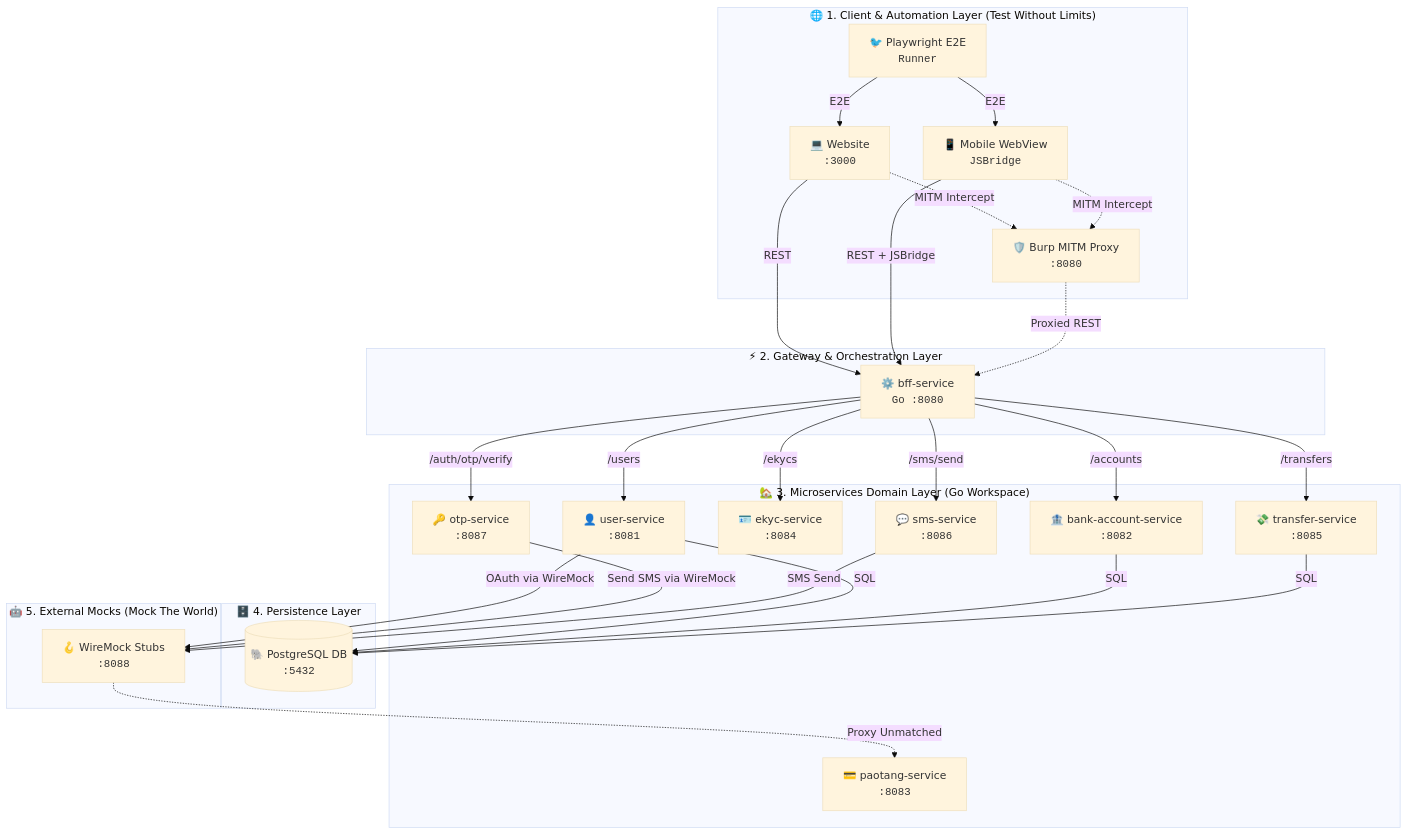
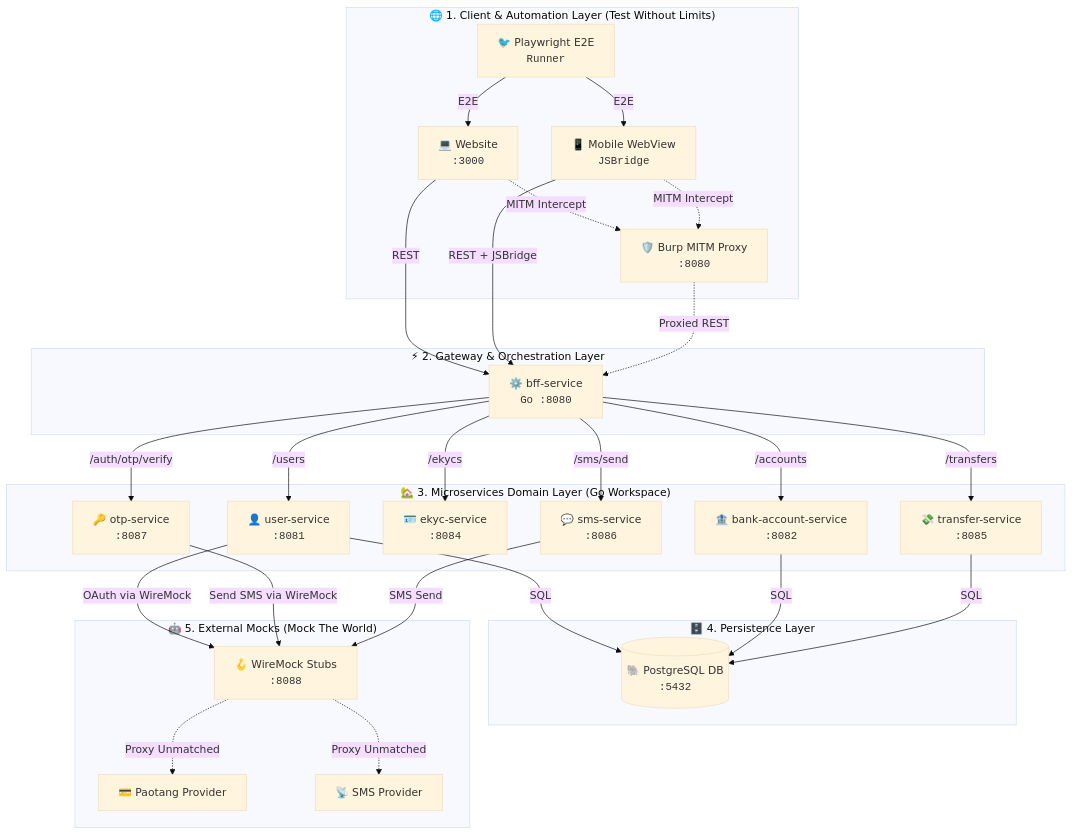
Before and after one commit to SiwakornSitti/ultra-smoooooth-testing: the first of 2 diagrams in slides/slides.md, drawn with Mermaid (base theme). The commit also changed 11 other files, not shown here.

Commit message:
refactor: remove paotang-service core container and configure Paotang Provider as external provider

````diff
--- a/slides/slides.md
+++ b/slides/slides.md
@@ -92,55 +92,57 @@
 ```mermaid
 flowchart TD
     subgraph Clients["🌐 1. Client & Automation Layer (Test Without Limits)"]
         Website["💻 Website<br/><code>:3000</code>"]
         BridgeWebsite["📱 Mobile WebView<br/><code>JSBridge</code>"]
         Playwright["🐦 Playwright E2E<br/><code>Runner</code>"]
         Burp["🛡️ Burp MITM Proxy<br/><code>:8080</code>"]
     end
 
     subgraph API_Gateway["⚡ 2. Gateway & Orchestration Layer"]
         BFF["⚙️ bff-service<br/><code>Go :8080</code>"]
     end
 
     subgraph Core_Services["🏡 3. Microservices Domain Layer (Go Workspace)"]
         UserService["👤 user-service<br/><code>:8081</code>"]
         BankService["🏦 bank-account-service<br/><code>:8082</code>"]
-        PaotangService["💳 paotang-service<br/><code>:8083</code>"]
         EKYCService["🪪 ekyc-service<br/><code>:8084</code>"]
         TransferService["💸 transfer-service<br/><code>:8085</code>"]
         SMSService["💬 sms-service<br/><code>:8086</code>"]
         OTPService["🔑 otp-service<br/><code>:8087</code>"]
     end
 
     subgraph Persistence["🗄️ 4. Persistence Layer"]
         DB[("🐘 PostgreSQL DB<br/><code>:5432</code>")]
     end
 
     subgraph External_Mocks["🤖 5. External Mocks (Mock The World)"]
         WireMock["🪝 WireMock Stubs<br/><code>:8088</code>"]
+        PaotangProvider["💳 Paotang Provider"]
+        SMSProvider["📡 SMS Provider"]
     end
 
     Website -->|REST| BFF
     BridgeWebsite -->|REST + JSBridge| BFF
     Playwright -->|E2E| Website
     Playwright -->|E2E| BridgeWebsite
     Website -.->|MITM Intercept| Burp
     BridgeWebsite -.->|MITM Intercept| Burp
     Burp -.->|Proxied REST| BFF
 
     BFF -->|/users| UserService
     BFF -->|/accounts| BankService
     BFF -->|/ekycs| EKYCService
     BFF -->|/transfers| TransferService
     BFF -->|/sms/send| SMSService
     BFF -->|/auth/otp/verify| OTPService
 
     UserService -->|SQL| DB
     BankService -->|SQL| DB
     TransferService -->|SQL| DB
 
     UserService -->|OAuth via WireMock| WireMock
     OTPService -->|Send SMS via WireMock| WireMock
     SMSService -->|SMS Send| WireMock
-    WireMock -.->|Proxy Unmatched| PaotangService
+    WireMock -.->|Proxy Unmatched| PaotangProvider
+    WireMock -.->|Proxy Unmatched| SMSProvider
 ```
````
